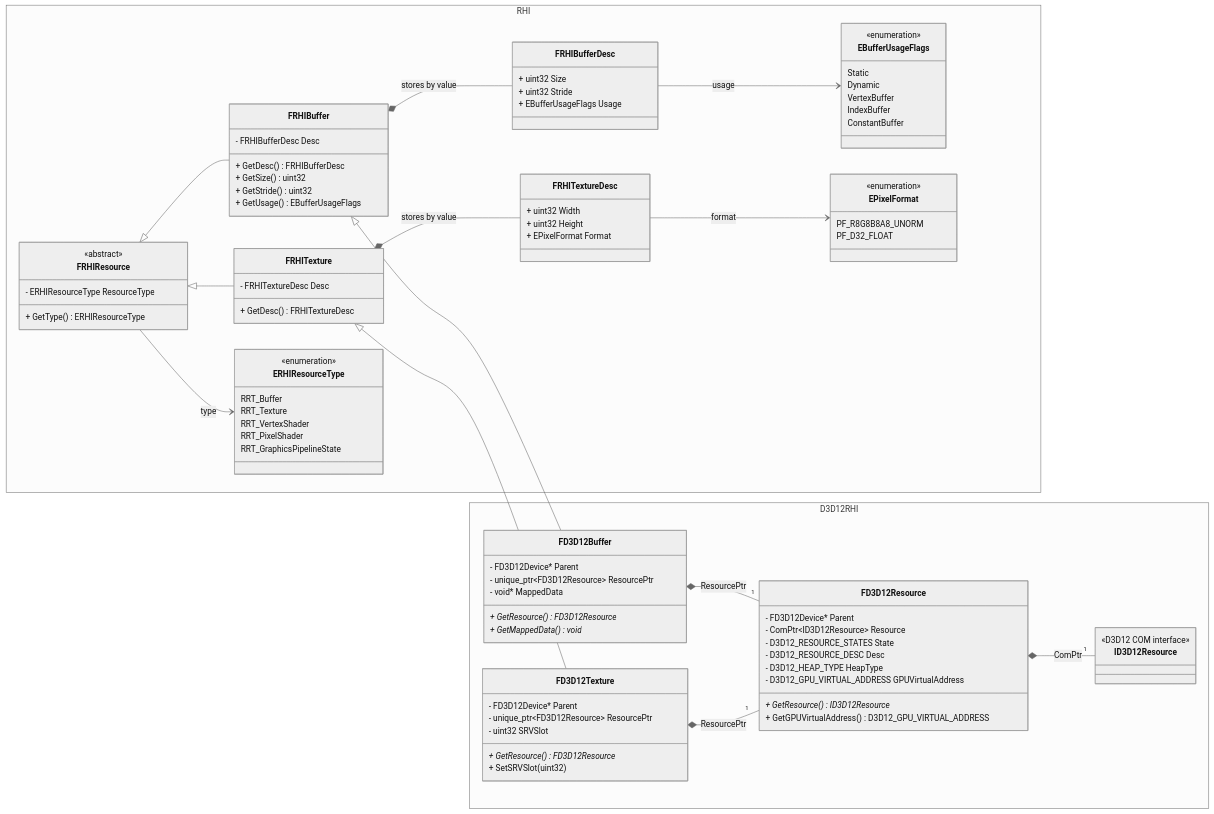
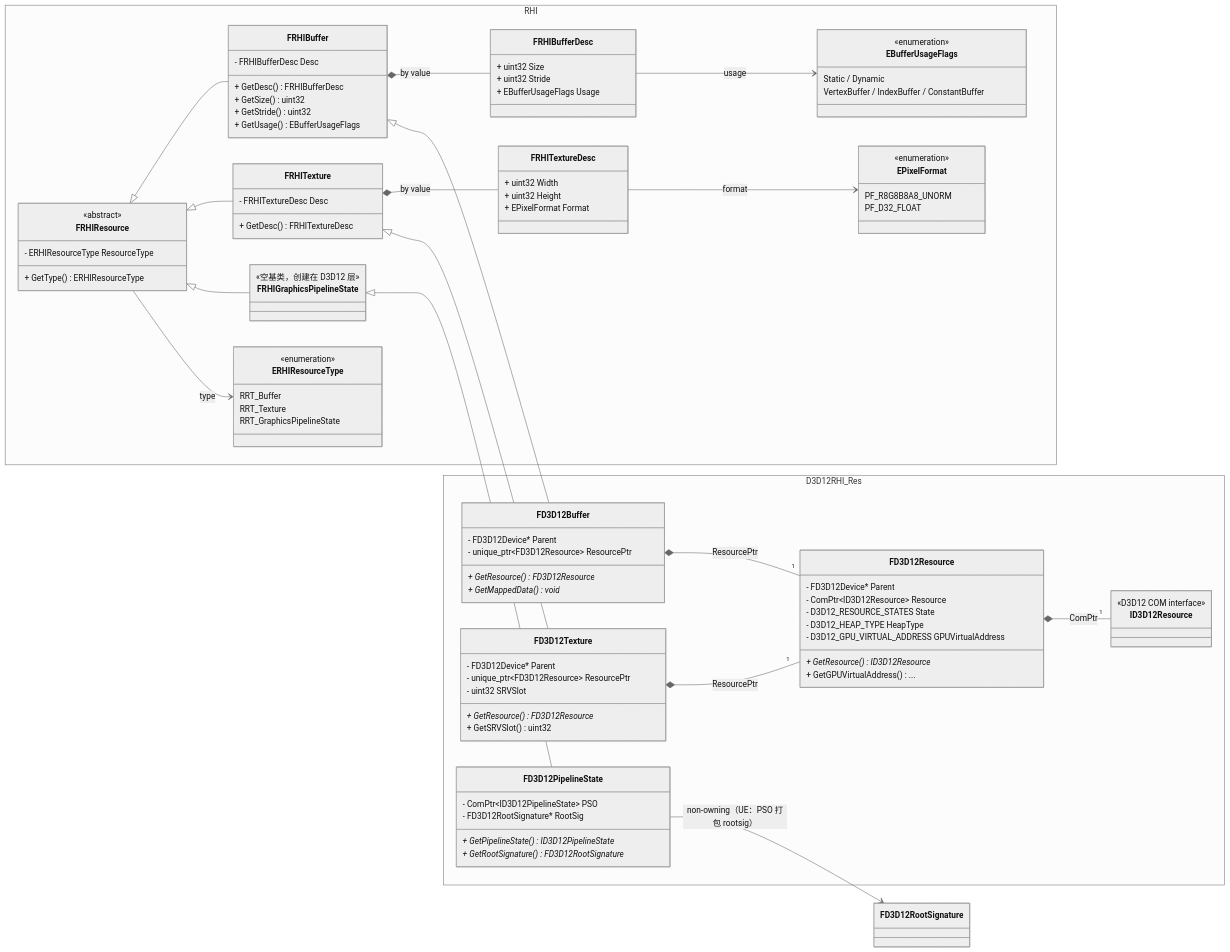
One commit to TailSeries/BaseTestEngine changed the first of 4 diagrams in Source/D3D12RHI_UML.md. Above: the diagram before and after it, drawn with Mermaid (neutral theme). The commit also changed other lines of this file and 1 other file, not shown here.

````diff
--- a/Source/D3D12RHI_UML.md
+++ b/Source/D3D12RHI_UML.md
@@ -27,6 +29,9 @@
         - FRHITextureDesc Desc
         + GetDesc() FRHITextureDesc
     }
+    class FRHIGraphicsPipelineState {
+        <<空基类，创建在 D3D12 层>>
+    }
     class FRHIBufferDesc {
         + uint32 Size
         + uint32 Stride
@@ -41,17 +46,12 @@
         <<enumeration>>
         RRT_Buffer
         RRT_Texture
-        RRT_VertexShader
-        RRT_PixelShader
         RRT_GraphicsPipelineState
     }
     class EBufferUsageFlags {
         <<enumeration>>
-        Static
-        Dynamic
-        VertexBuffer
-        IndexBuffer
-        ConstantBuffer
+        Static / Dynamic
+        VertexBuffer / IndexBuffer / ConstantBuffer
     }
     class EPixelFormat {
         <<enumeration>>
@@ -60,11 +60,10 @@
     }
 }
 
-namespace D3D12RHI {
+namespace D3D12RHI_Res {
     class FD3D12Buffer {
         - FD3D12Device* Parent
         - unique_ptr~FD3D12Resource~ ResourcePtr
-        - void* MappedData
         + GetResource() FD3D12Resource*
         + GetMappedData() void*
     }
@@ -73,17 +72,22 @@
         - unique_ptr~FD3D12Resource~ ResourcePtr
         - uint32 SRVSlot
         + GetResource() FD3D12Resource*
-        + SetSRVSlot(uint32)
+        + GetSRVSlot() uint32
+    }
+    class FD3D12PipelineState {
+        - ComPtr~ID3D12PipelineState~ PSO
+        - FD3D12RootSignature* RootSig
+        + GetPipelineState() ID3D12PipelineState*
+        + GetRootSignature() FD3D12RootSignature*
     }
     class FD3D12Resource {
         - FD3D12Device* Parent
         - ComPtr~ID3D12Resource~ Resource
         - D3D12_RESOURCE_STATES State
-        - D3D12_RESOURCE_DESC Desc
         - D3D12_HEAP_TYPE HeapType
         - D3D12_GPU_VIRTUAL_ADDRESS GPUVirtualAddress
         + GetResource() ID3D12Resource*
-        + GetGPUVirtualAddress() D3D12_GPU_VIRTUAL_ADDRESS
+        + GetGPUVirtualAddress() ...
     }
     class ID3D12Resource {
         <<D3D12 COM interface>>
@@ -92,15 +96,18 @@
 
 FRHIResource <|-- FRHIBuffer
 FRHIResource <|-- FRHITexture
-FRHIBuffer *-- FRHIBufferDesc : stores by value
-FRHITexture *-- FRHITextureDesc : stores by value
+FRHIResource <|-- FRHIGraphicsPipelineState
+FRHIBuffer *-- FRHIBufferDesc : by value
+FRHITexture *-- FRHITextureDesc : by value
 FRHIResource --> ERHIResourceType : type
 FRHIBufferDesc --> EBufferUsageFlags : usage
 FRHITextureDesc --> EPixelFormat : format
 
 FRHIBuffer <|-- FD3D12Buffer
 FRHITexture <|-- FD3D12Texture
+FRHIGraphicsPipelineState <|-- FD3D12PipelineState
 FD3D12Buffer *-- "1" FD3D12Resource : ResourcePtr
 FD3D12Texture *-- "1" FD3D12Resource : ResourcePtr
+FD3D12PipelineState --> FD3D12RootSignature : non-owning（UE：PSO 打包 rootsig）
 FD3D12Resource *-- "1" ID3D12Resource : ComPtr
 ```
````
